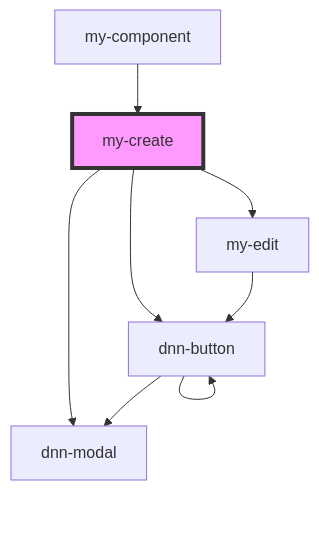
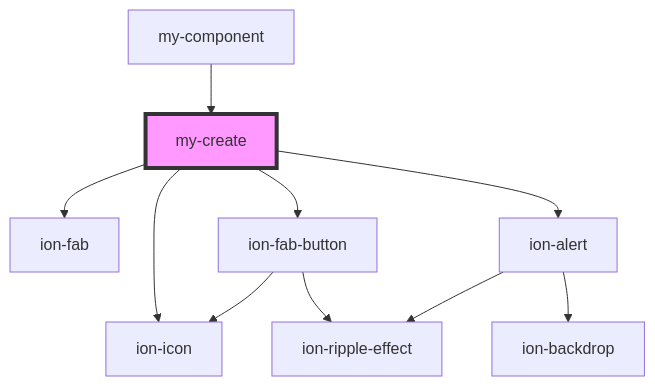
Before and after one commit to david-poindexter/DNN.IonicToDo: the diagram in module.web/src/components/my-create/readme.md, drawn with Mermaid. The commit also changed other lines of this file and 23 other files, not shown here.

````diff
--- a/module.web/src/components/my-create/readme.md
+++ b/module.web/src/components/my-create/readme.md
@@ -21,11 +22,13 @@
 ```mermaid
 graph TD;
-  my-create --> dnn-button
-  my-create --> dnn-modal
-  my-create --> my-edit
-  dnn-button --> dnn-modal
-  dnn-button --> dnn-button
-  my-edit --> dnn-button
+  my-create --> ion-fab
+  my-create --> ion-fab-button
+  my-create --> ion-icon
+  my-create --> ion-alert
+  ion-fab-button --> ion-icon
+  ion-fab-button --> ion-ripple-effect
+  ion-alert --> ion-ripple-effect
+  ion-alert --> ion-backdrop
   my-component --> my-create
   style my-create fill:#f9f,stroke:#333,stroke-width:4px
 ```
````
